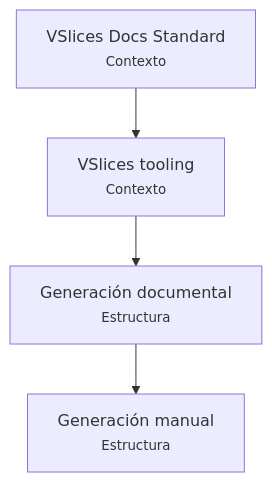
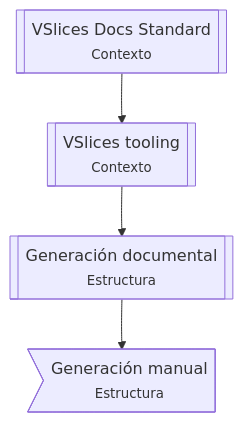
The third of 3 diagrams in docs/iteration 1/continuity.iteration.md (vslices/tooling), drawn with Mermaid before and after one commit. The commit also changed other lines of this file, not shown here.

Commit message:
feat(v0.1): correcciones

````diff
--- a/docs/iteration 1/continuity.iteration.md
+++ b/docs/iteration 1/continuity.iteration.md
@@ -104,12 +104,16 @@
 ```mermaid
 flowchart TD
-    E1[VSlices Docs Standard<br/><small>Contexto</small>]
-    L1[VSlices tooling<br/><small>Contexto</small>]
-    P1[Generación documental<br/><small>Estructura</small>]
-    F1[Generación manual<br/><small>Estructura</small>]
+    E1[[VSlices Docs Standard<br/><small>Contexto</small>]]
+    L1[[VSlices tooling<br/><small>Contexto</small>]]
+    P1[[Generación documental<br/><small>Estructura</small>]]
+    F1>Generación manual<br/><small>Estructura</small>]
     
     E1 --> L1
     L1 --> P1
     P1 --> F1 
 
+    click E1 "Ir a introducción de VSlices Docs Standard" "https://"
+    click L1 "Ir a Contexto de VSlices Tooling" "../context.vslices-tooling.md"
+    click P1 "Ir a Estructura del Proceso de Generación documental" "understanding/process.structure.document-generation.md"
+
 ```
````
